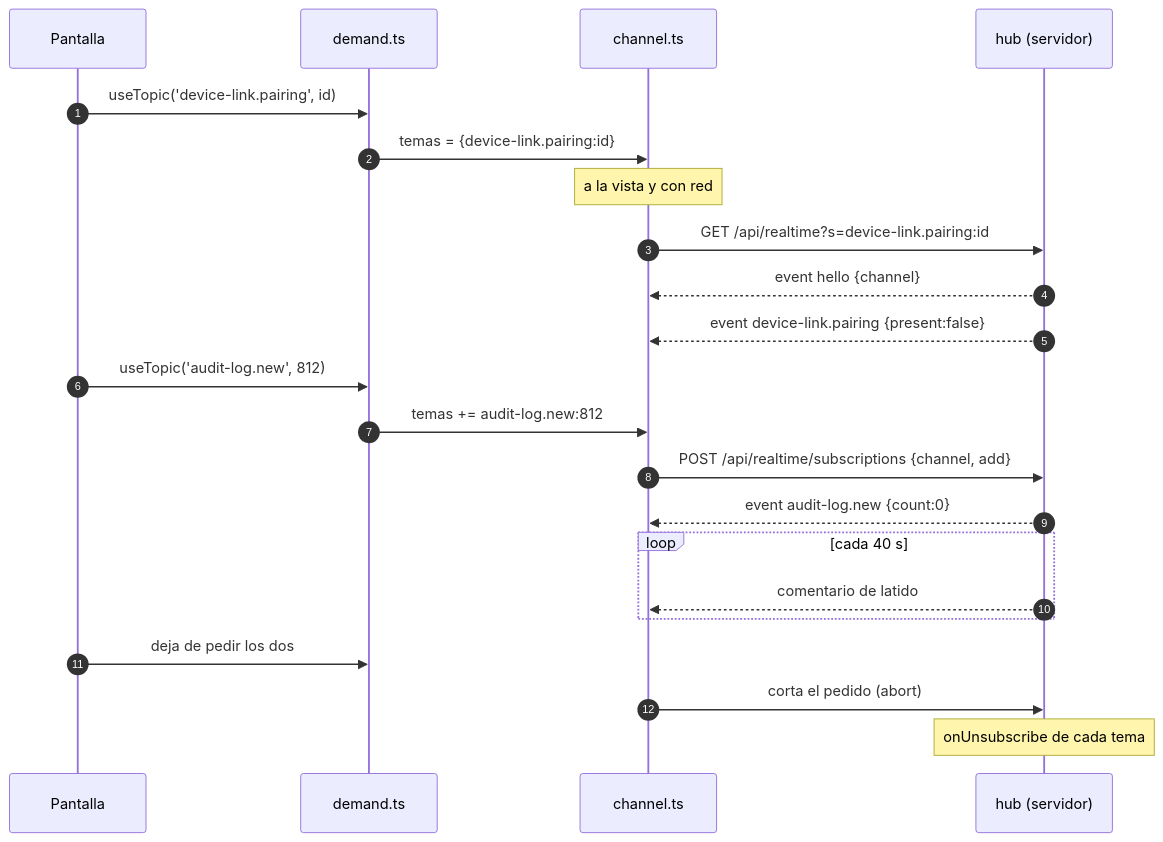
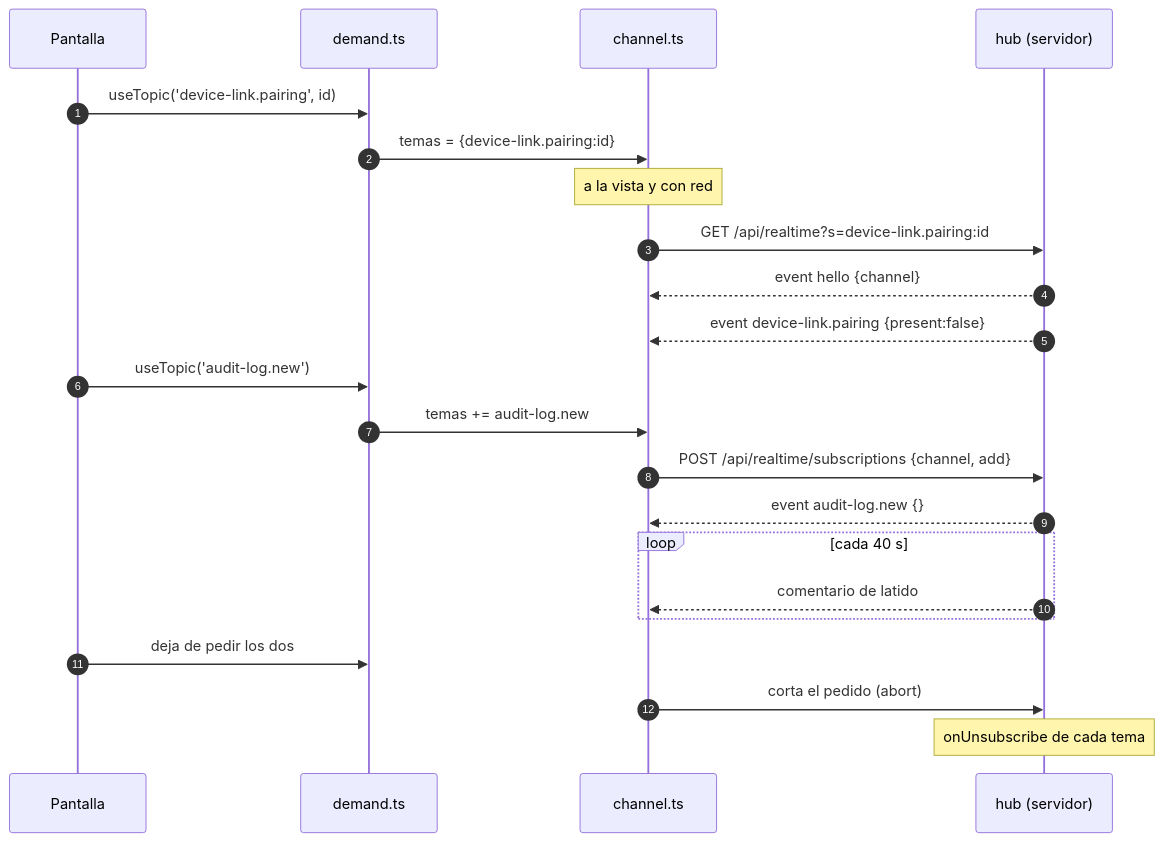
Before and after one commit to carlos-illobre/ferrebress: the third of 13 diagrams in docs/technical/modules/device-link.md, drawn with Mermaid. The commit also changed other lines of this file and 1 other file, not shown here.

````diff
--- a/docs/technical/modules/device-link.md
+++ b/docs/technical/modules/device-link.md
@@ -268,24 +268,24 @@
 ```mermaid
 sequenceDiagram
   autonumber
   participant P as Pantalla
   participant D as demand.ts
   participant C as channel.ts
   participant S as hub (servidor)
   P->>D: useTopic('device-link.pairing', id)
   D->>C: temas = {device-link.pairing:id}
   Note over C: a la vista y con red
   C->>S: GET /api/realtime?s=device-link.pairing:id
   S-->>C: event hello {channel}
   S-->>C: event device-link.pairing {present:false}
-  P->>D: useTopic('audit-log.new', 812)
-  D->>C: temas += audit-log.new:812
+  P->>D: useTopic('audit-log.new')
+  D->>C: temas += audit-log.new
   C->>S: POST /api/realtime/subscriptions {channel, add}
-  S-->>C: event audit-log.new {count:0}
+  S-->>C: event audit-log.new {}
   loop cada 40 s
     S-->>C: comentario de latido
   end
   P->>D: deja de pedir los dos
   C->>S: corta el pedido (abort)
   Note over S: onUnsubscribe de cada tema
 ```
````
